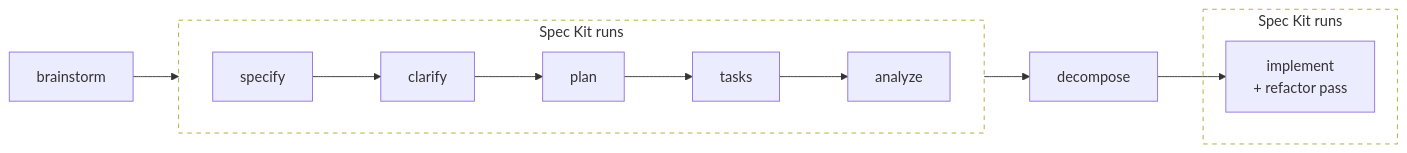
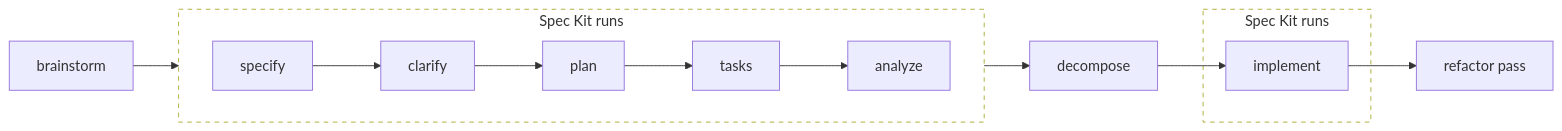
Before and after one commit to aamarin/wfctl: the third of 3 diagrams in README.md, drawn with Mermaid. The commit also changed other lines of this file, not shown here.

First line of the commit message:
docs(readme): draw the refactor pass outside the Spec Kit box (#478)

````diff
--- a/README.md
+++ b/README.md
@@ -187,14 +187,15 @@
 ```mermaid
 flowchart LR
     B["brainstorm"] --> S1
     subgraph SK1["Spec Kit runs"]
         direction LR
         S1["specify"] --> S2["clarify"] --> S3["plan"] --> S4["tasks"] --> S5["analyze"]
     end
     S5 --> D["decompose"] --> I
     subgraph SK2["Spec Kit runs"]
-        I["implement<br/>+ refactor pass"]
+        I["implement"]
     end
+    I --> R["refactor pass"]
     style SK1 fill:none,stroke-dasharray: 5 5
     style SK2 fill:none,stroke-dasharray: 5 5
 ```
````
